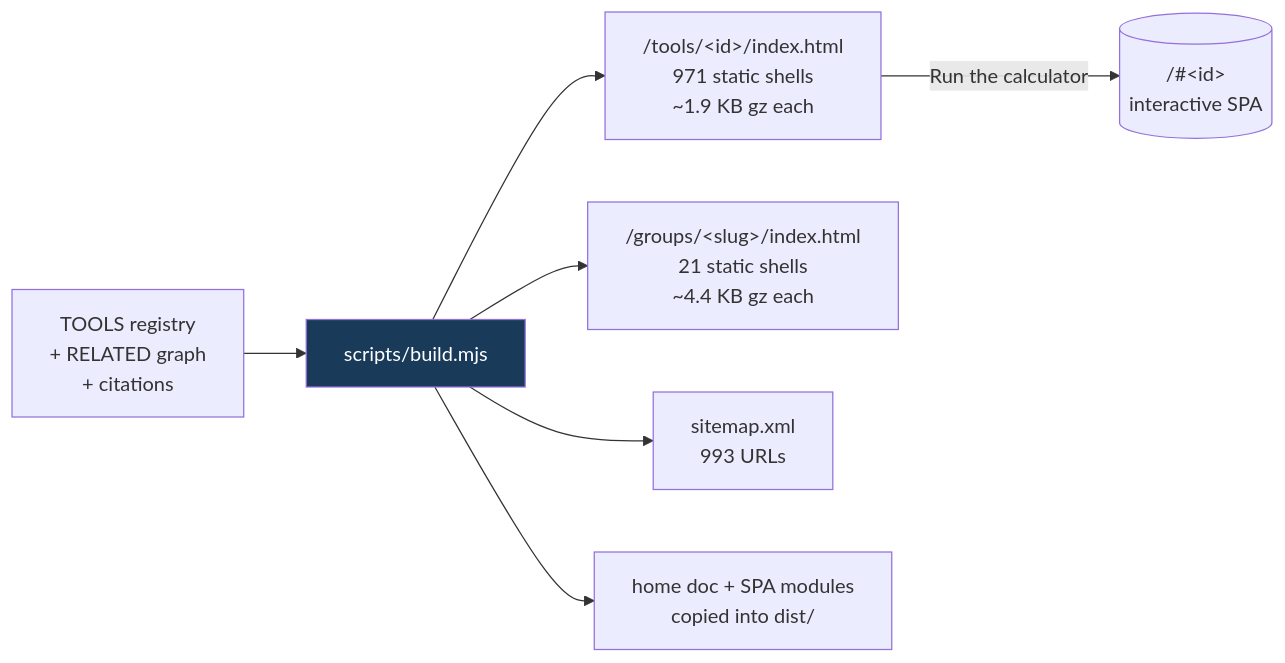
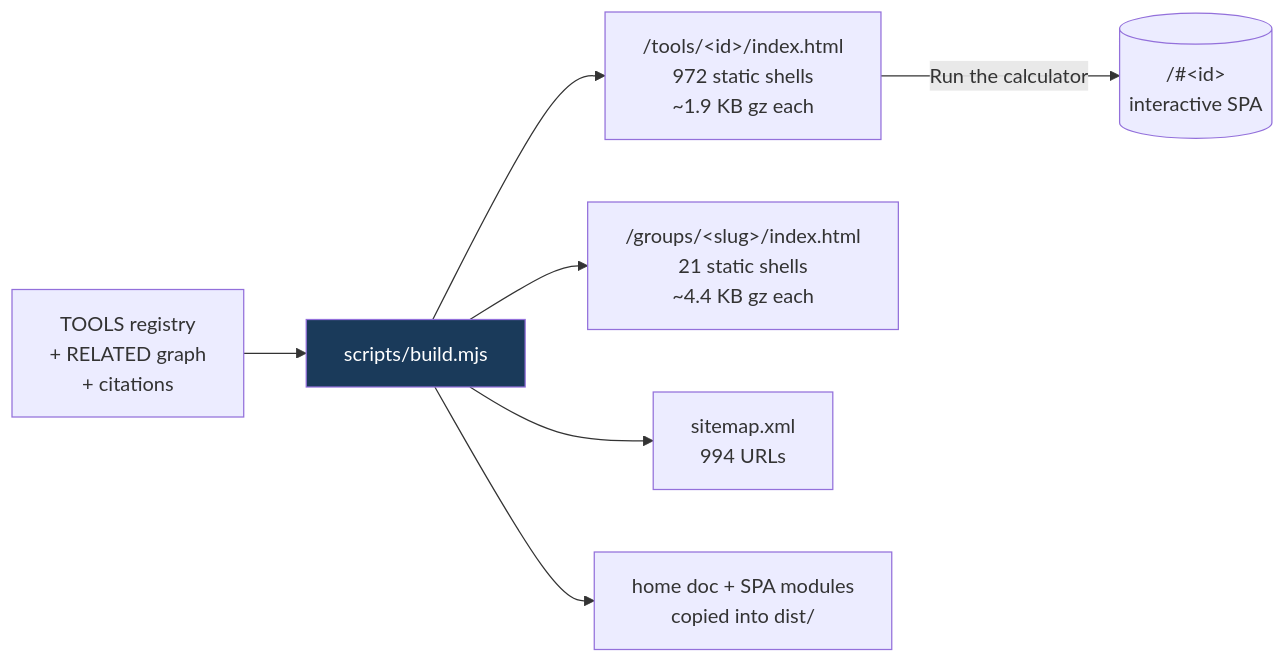
One commit to clay-good/roughlogic.com changed the fifth of 8 diagrams in README.md. Above: the diagram before and after it, drawn with Mermaid. The commit also changed other lines of this file and 12 other files, not shown here.

````diff
--- a/README.md
+++ b/README.md
@@ -495,10 +495,10 @@
 ```mermaid
 flowchart LR
     SRC[TOOLS registry\n+ RELATED graph\n+ citations] --> BUILD[scripts/build.mjs]
-    BUILD --> TILE["/tools/&lt;id&gt;/index.html\n971 static shells\n~1.9 KB gz each"]
+    BUILD --> TILE["/tools/&lt;id&gt;/index.html\n972 static shells\n~1.9 KB gz each"]
     BUILD --> GROUP["/groups/&lt;slug&gt;/index.html\n21 static shells\n~4.4 KB gz each"]
-    BUILD --> MAP["sitemap.xml\n993 URLs"]
+    BUILD --> MAP["sitemap.xml\n994 URLs"]
     BUILD --> COPY[home doc + SPA modules\ncopied into dist/]
     TILE -->|Run the calculator| SPA[("/#&lt;id&gt;\ninteractive SPA")]
     style BUILD fill:#1a3a5a,color:#fff
 ```
````
